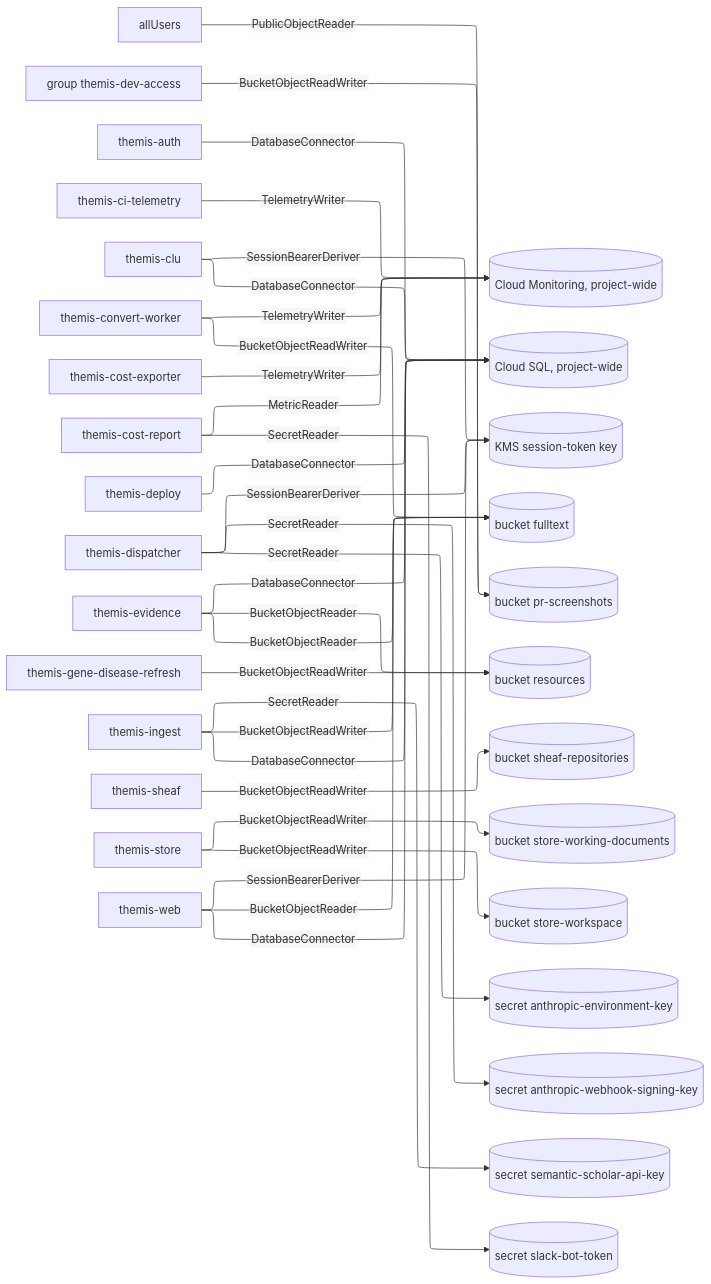
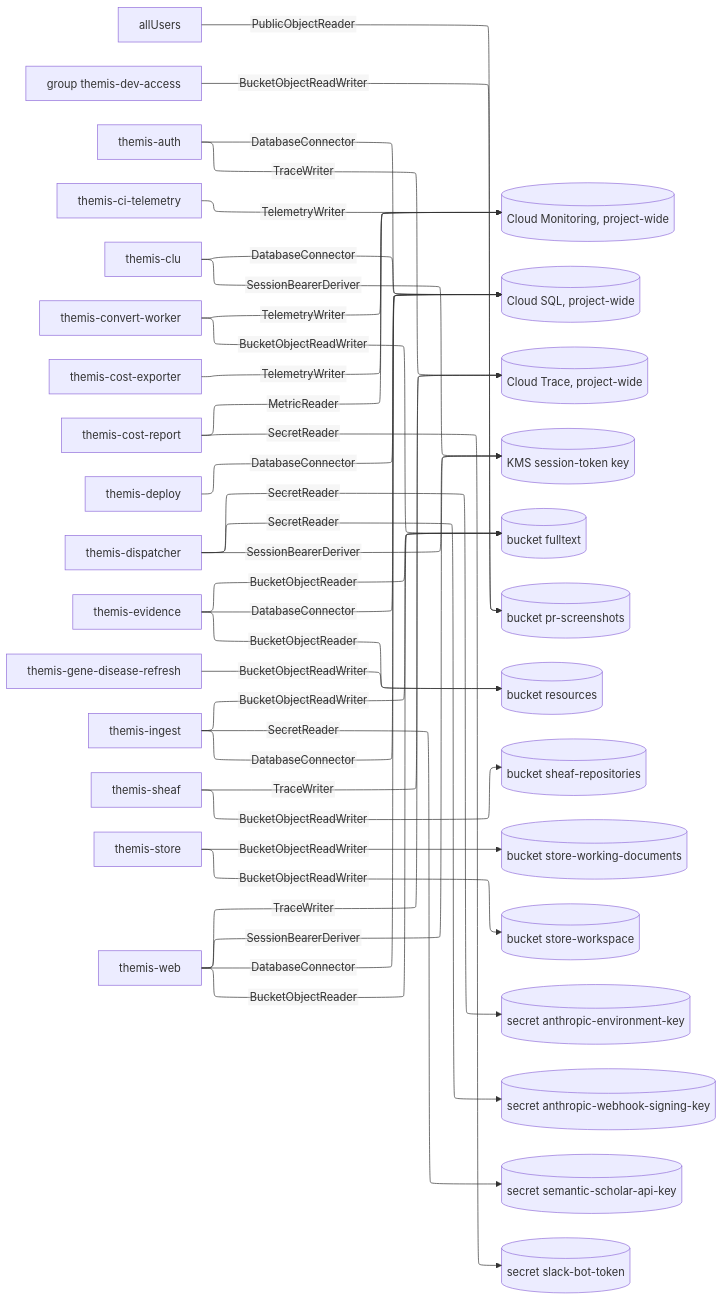
One commit to populationgenomics/themis changed the diagram in docs/design/grants/data.mmd. Above: the diagram before and after it, drawn with Mermaid. The commit also changed 54 other files, not shown here.

```diff
--- a/docs/design/grants/data.mmd
+++ b/docs/design/grants/data.mmd
@@ -1,59 +1,63 @@
 %%{init: {"layout": "elk", "elk": {"mergeEdges": true, "nodePlacementStrategy": "NETWORK_SIMPLEX"}, "htmlLabels": false, "flowchart": {"htmlLabels": false, "wrappingWidth": 320}}}%%
 flowchart LR
     n0["allUsers"]
     n1["group themis-dev-access"]
     n2["themis-auth"]
     n3["themis-ci-telemetry"]
     n4["themis-clu"]
     n5["themis-convert-worker"]
     n6["themis-cost-exporter"]
     n7["themis-cost-report"]
     n8["themis-deploy"]
     n9["themis-dispatcher"]
     n10["themis-evidence"]
     n11["themis-gene-disease-refresh"]
     n12["themis-ingest"]
     n13["themis-sheaf"]
     n14["themis-store"]
     n15["themis-web"]
     n16[("Cloud Monitoring, project-wide")]
     n17[("Cloud SQL, project-wide")]
-    n18[("KMS session-token key")]
-    n19[("bucket fulltext")]
-    n20[("bucket pr-screenshots")]
-    n21[("bucket resources")]
-    n22[("bucket sheaf-repositories")]
-    n23[("bucket store-working-documents")]
-    n24[("bucket store-workspace")]
-    n25[("secret anthropic-environment-key")]
-    n26[("secret anthropic-webhook-signing-key")]
-    n27[("secret semantic-scholar-api-key")]
-    n28[("secret slack-bot-token")]
-    n0 -->|PublicObjectReader| n20
-    n1 -->|BucketObjectReadWriter| n20
+    n18[("Cloud Trace, project-wide")]
+    n19[("KMS session-token key")]
+    n20[("bucket fulltext")]
+    n21[("bucket pr-screenshots")]
+    n22[("bucket resources")]
+    n23[("bucket sheaf-repositories")]
+    n24[("bucket store-working-documents")]
+    n25[("bucket store-workspace")]
+    n26[("secret anthropic-environment-key")]
+    n27[("secret anthropic-webhook-signing-key")]
+    n28[("secret semantic-scholar-api-key")]
+    n29[("secret slack-bot-token")]
+    n0 -->|PublicObjectReader| n21
+    n1 -->|BucketObjectReadWriter| n21
     n2 -->|DatabaseConnector| n17
+    n2 -->|TraceWriter| n18
     n3 -->|TelemetryWriter| n16
     n4 -->|DatabaseConnector| n17
-    n4 -->|SessionBearerDeriver| n18
-    n5 -->|BucketObjectReadWriter| n19
+    n4 -->|SessionBearerDeriver| n19
+    n5 -->|BucketObjectReadWriter| n20
     n5 -->|TelemetryWriter| n16
     n6 -->|TelemetryWriter| n16
     n7 -->|MetricReader| n16
-    n7 -->|SecretReader| n28
+    n7 -->|SecretReader| n29
     n8 -->|DatabaseConnector| n17
-    n9 -->|SecretReader| n25
     n9 -->|SecretReader| n26
-    n9 -->|SessionBearerDeriver| n18
-    n10 -->|BucketObjectReader| n19
-    n10 -->|BucketObjectReader| n21
+    n9 -->|SecretReader| n27
+    n9 -->|SessionBearerDeriver| n19
+    n10 -->|BucketObjectReader| n20
+    n10 -->|BucketObjectReader| n22
     n10 -->|DatabaseConnector| n17
-    n11 -->|BucketObjectReadWriter| n21
-    n12 -->|BucketObjectReadWriter| n19
+    n11 -->|BucketObjectReadWriter| n22
+    n12 -->|BucketObjectReadWriter| n20
     n12 -->|DatabaseConnector| n17
-    n12 -->|SecretReader| n27
-    n13 -->|BucketObjectReadWriter| n22
-    n14 -->|BucketObjectReadWriter| n23
+    n12 -->|SecretReader| n28
+    n13 -->|BucketObjectReadWriter| n23
+    n13 -->|TraceWriter| n18
     n14 -->|BucketObjectReadWriter| n24
-    n15 -->|BucketObjectReader| n19
+    n14 -->|BucketObjectReadWriter| n25
+    n15 -->|BucketObjectReader| n20
     n15 -->|DatabaseConnector| n17
-    n15 -->|SessionBearerDeriver| n18
+    n15 -->|SessionBearerDeriver| n19
+    n15 -->|TraceWriter| n18
```
